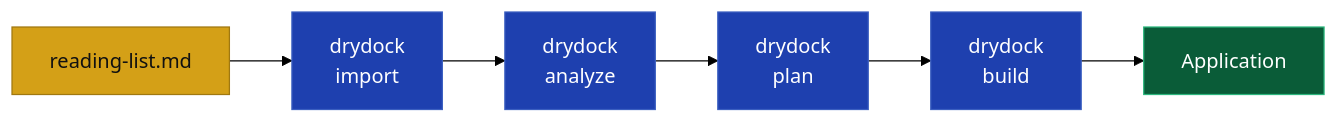
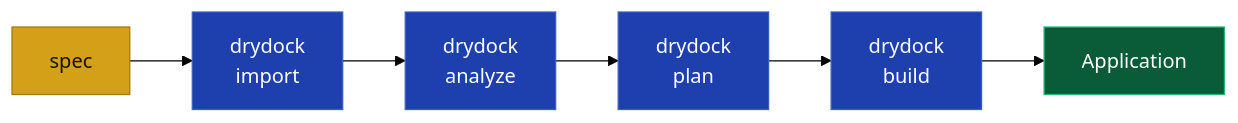
Before and after one commit to webcloudstudio/Drydock: the second of 2 diagrams in docs/QUICK_START.md, drawn with Mermaid (forest theme). The commit also changed other lines of this file, not shown here.

````diff
--- a/docs/QUICK_START.md
+++ b/docs/QUICK_START.md
@@ -224,18 +239,18 @@
 ```mermaid
 flowchart LR
-    N["reading-list.md"] --> IMP["drydock<br/>import"]
+    N["spec"] --> IMP["drydock<br/>import"]
     IMP --> ANA["drydock<br/>analyze"]
     ANA --> PLAN["drydock<br/>plan"]
     PLAN --> BUILD["drydock<br/>build"]
     BUILD --> C["Application"]
 
     classDef input fill:#d4a017,stroke:#a07810,color:#111
     classDef review fill:#be123c,stroke:#fb7185,color:#fff
     classDef governed fill:#1e40af,stroke:#3b5fc0,color:#fff
     classDef output fill:#0a5c38,stroke:#2cb67d,color:#fff
     class N input
     class IMP,ANA,PLAN,BUILD,SCORE governed
     class R review
     class PLUS governed
     class C,V output
 ```
````
